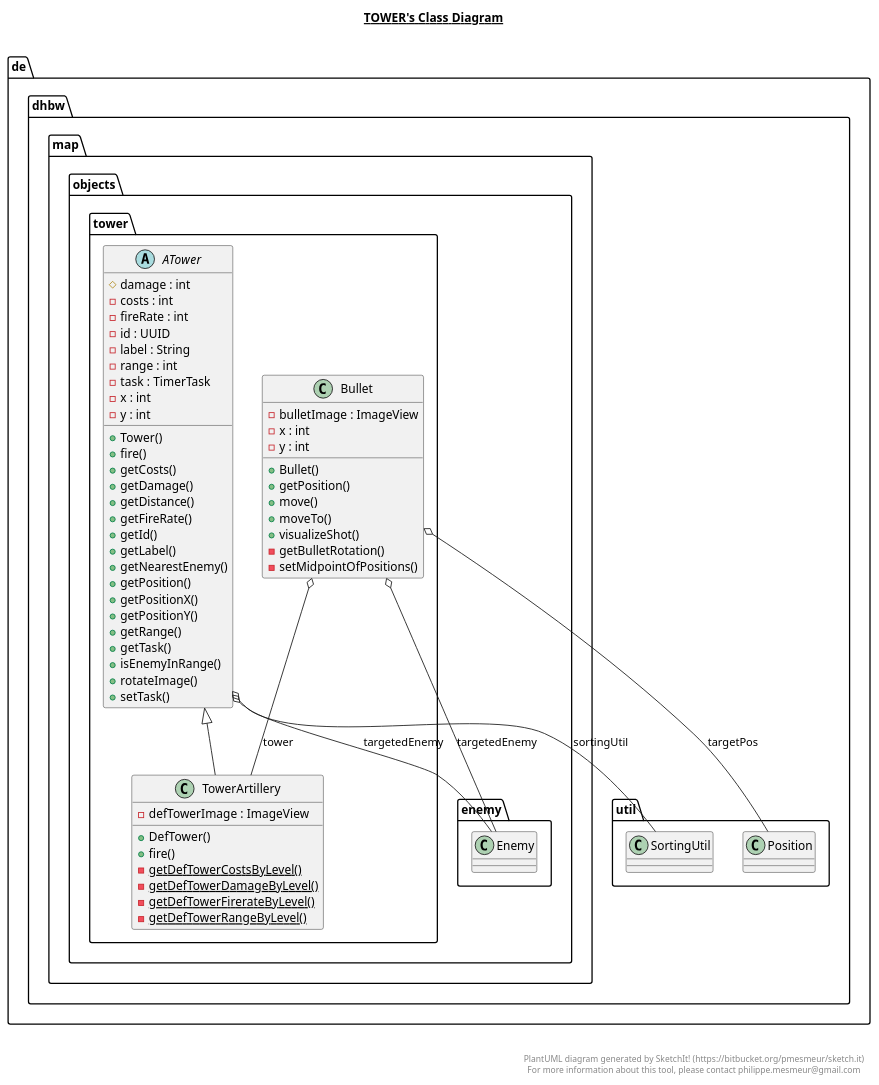
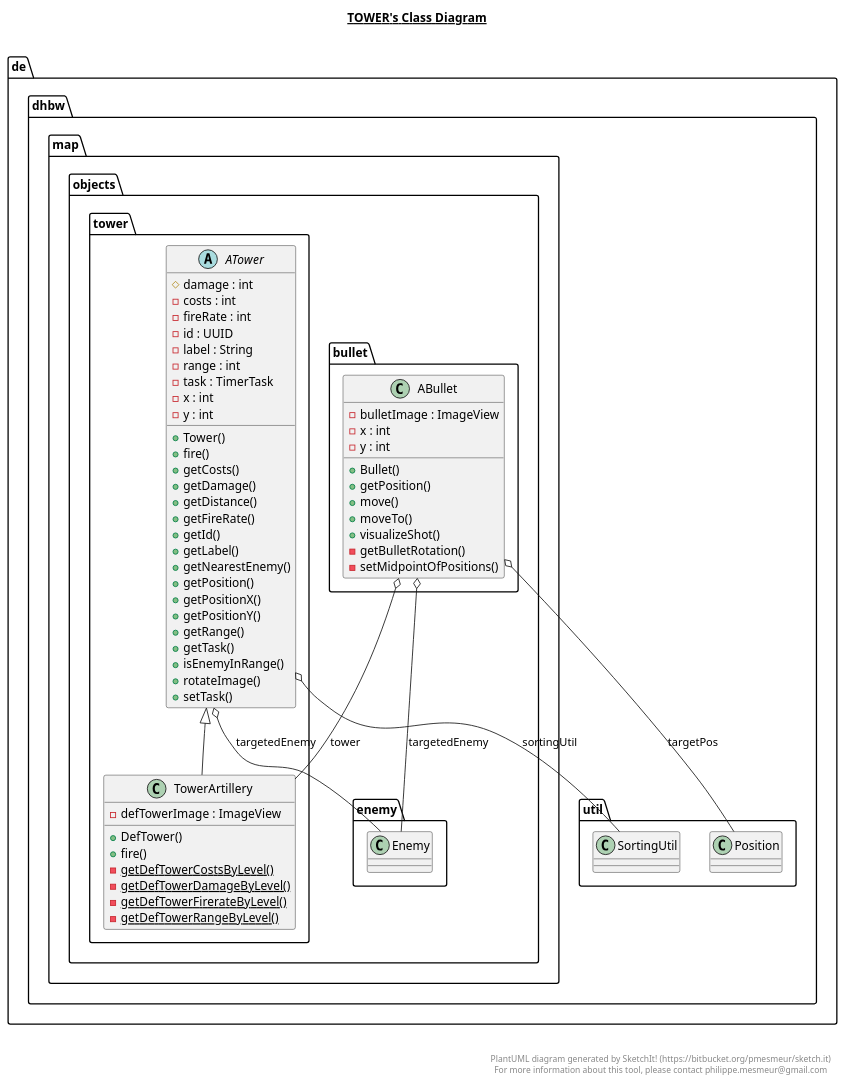
Before and after one commit to niwa99/Tower-Defense: the diagram in app/src/main/java/de/dhbw/map/objects/tower/tower.plantuml, drawn with PlantUML. The commit also changed 17 other files, not shown here.

Commit message:
[DHTD-81] Implemented tower boombastic, bomb as bullet causes area damage

```diff
--- a/app/src/main/java/de/dhbw/map/objects/tower/tower.plantuml
+++ b/app/src/main/java/de/dhbw/map/objects/tower/tower.plantuml
@@ -1,87 +1,87 @@
 @startuml
 
 title __TOWER's Class Diagram__\n
 
   namespace de.dhbw {
     namespace map.objects.tower {
-      class de.dhbw.map.objects.tower.Bullet {
+      class de.dhbw.map.objects.bullet.ABullet {
           - bulletImage : ImageView
           - x : int
           - y : int
           + Bullet()
           + getPosition()
           + move()
           + moveTo()
           + visualizeShot()
           - getBulletRotation()
           - setMidpointOfPositions()
       }
     }
   }
   
 
   namespace de.dhbw {
     namespace map.objects.tower {
       class de.dhbw.map.objects.tower.TowerArtillery {
           - defTowerImage : ImageView
           + DefTower()
           + fire()
           {static} - getDefTowerCostsByLevel()
           {static} - getDefTowerDamageByLevel()
           {static} - getDefTowerFirerateByLevel()
           {static} - getDefTowerRangeByLevel()
       }
     }
   }
   
 
   namespace de.dhbw {
     namespace map.objects.tower {
       abstract class de.dhbw.map.objects.tower.ATower {
           # damage : int
           - costs : int
           - fireRate : int
           - id : UUID
           - label : String
           - range : int
           - task : TimerTask
           - x : int
           - y : int
           + Tower()
           + fire()
           + getCosts()
           + getDamage()
           + getDistance()
           + getFireRate()
           + getId()
           + getLabel()
           + getNearestEnemy()
           + getPosition()
           + getPositionX()
           + getPositionY()
           + getRange()
           + getTask()
           + isEnemyInRange()
           + rotateImage()
           + setTask()
       }
     }
   }
   
 
-  de.dhbw.map.objects.tower.Bullet o-- de.dhbw.util.Position : targetPos
-  de.dhbw.map.objects.tower.Bullet o-- de.dhbw.map.objects.enemy.Enemy : targetedEnemy
-  de.dhbw.map.objects.tower.Bullet o-- de.dhbw.map.objects.tower.TowerArtillery : tower
+  de.dhbw.map.objects.bullet.ABullet o-- de.dhbw.util.Position : targetPos
+  de.dhbw.map.objects.bullet.ABullet o-- de.dhbw.map.objects.enemy.Enemy : targetedEnemy
+  de.dhbw.map.objects.bullet.ABullet o-- de.dhbw.map.objects.tower.TowerArtillery : tower
   de.dhbw.map.objects.tower.TowerArtillery -up-|> de.dhbw.map.objects.tower.ATower
   de.dhbw.map.objects.tower.ATower o-- de.dhbw.map.objects.enemy.Enemy : targetedEnemy
   de.dhbw.map.objects.tower.ATower o-- de.dhbw.util.SortingUtil : sortingUtil
 
 
 right footer
 
 
 PlantUML diagram generated by SketchIt! (https://bitbucket.org/pmesmeur/sketch.it)
 For more information about this tool, please contact philippe.mesmeur@gmail.com
 endfooter
 
 @enduml
```
